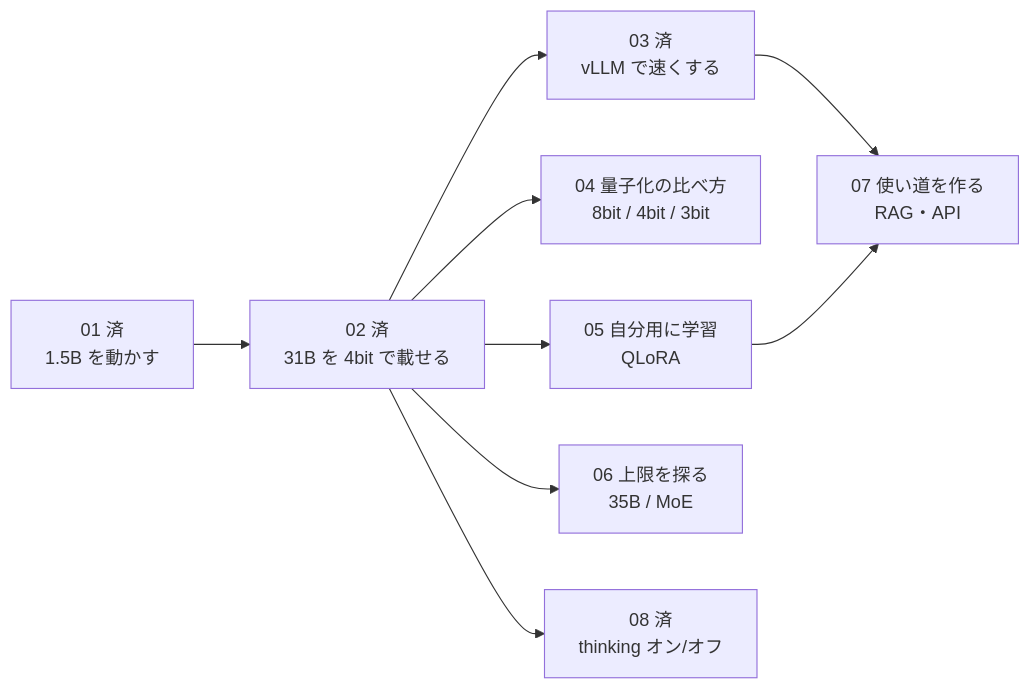
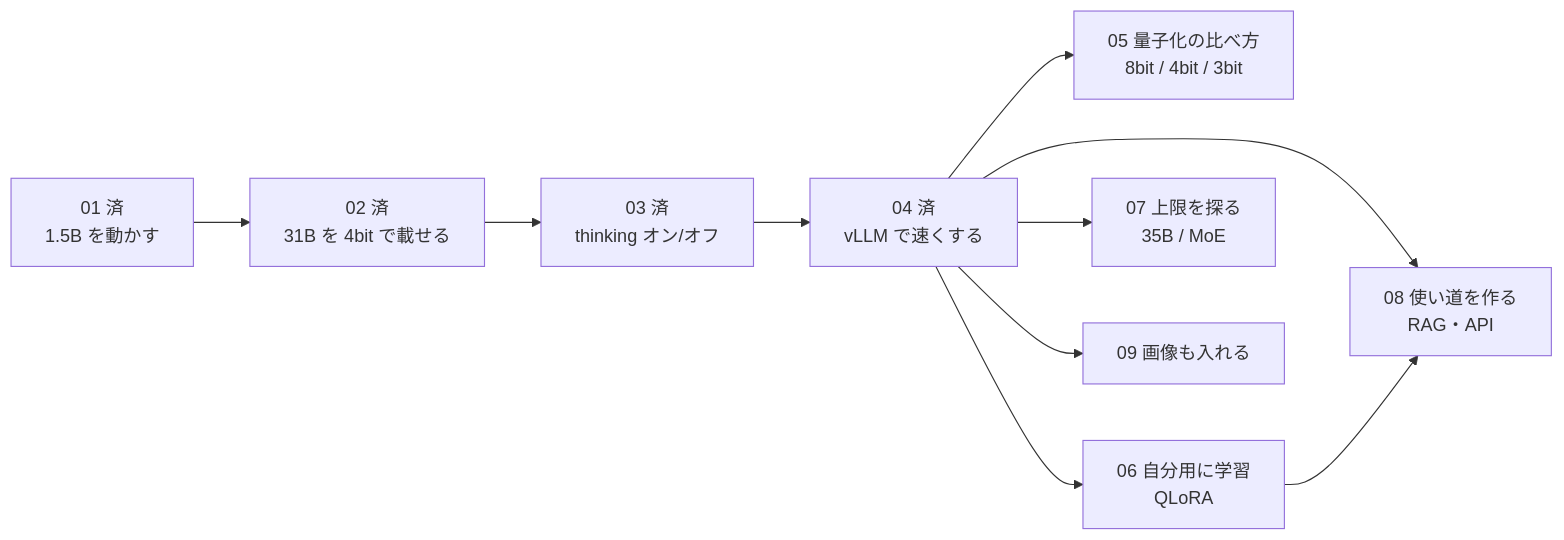
Before and after one commit to moruku36/colab-oss-lab: the diagram in docs/next-experiments.md, drawn with Mermaid. The commit also changed other lines of this file and 16 other files, not shown here.

First line of the commit message:
docs: 実験の番号を行った順にそろえる（thinking を 03、vLLM を 04 に）

````diff
--- a/docs/next-experiments.md
+++ b/docs/next-experiments.md
@@ -6,11 +6,12 @@
 ```mermaid
 flowchart LR
     E01["01 済<br/>1.5B を動かす"] --> E02["02 済<br/>31B を 4bit で載せる"]
-    E02 --> A["03 済<br/>vLLM で速くする"]
-    E02 --> B["04 量子化の比べ方<br/>8bit / 4bit / 3bit"]
-    E02 --> C["05 自分用に学習<br/>QLoRA"]
-    E02 --> D["06 上限を探る<br/>35B / MoE"]
-    E02 --> G["08 済<br/>thinking オン/オフ"]
-    A --> F["07 使い道を作る<br/>RAG・API"]
-    C --> F
+    E02 --> E03["03 済<br/>thinking オン/オフ"]
+    E03 --> E04["04 済<br/>vLLM で速くする"]
+    E04 --> C05["05 量子化の比べ方<br/>8bit / 4bit / 3bit"]
+    E04 --> C06["06 自分用に学習<br/>QLoRA"]
+    E04 --> C07["07 上限を探る<br/>35B / MoE"]
+    E04 --> C08["08 使い道を作る<br/>RAG・API"]
+    E04 --> C09["09 画像も入れる"]
+    C06 --> C08
 ```
````
